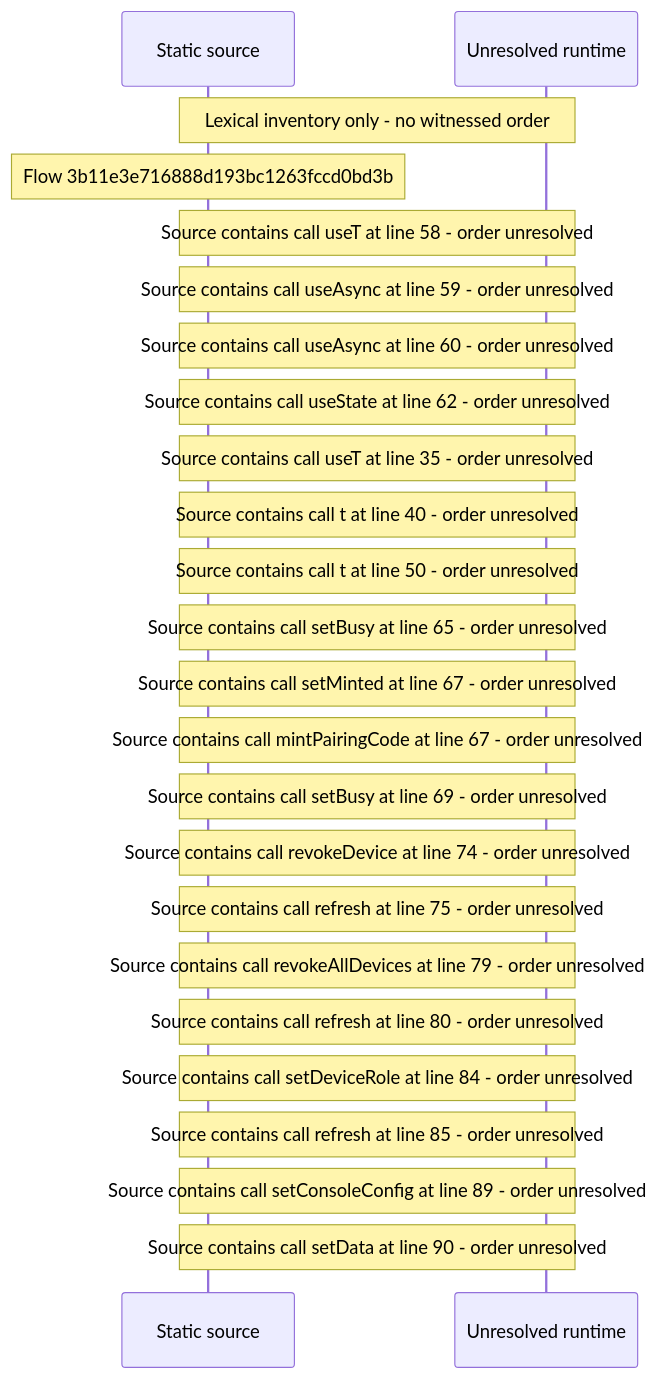
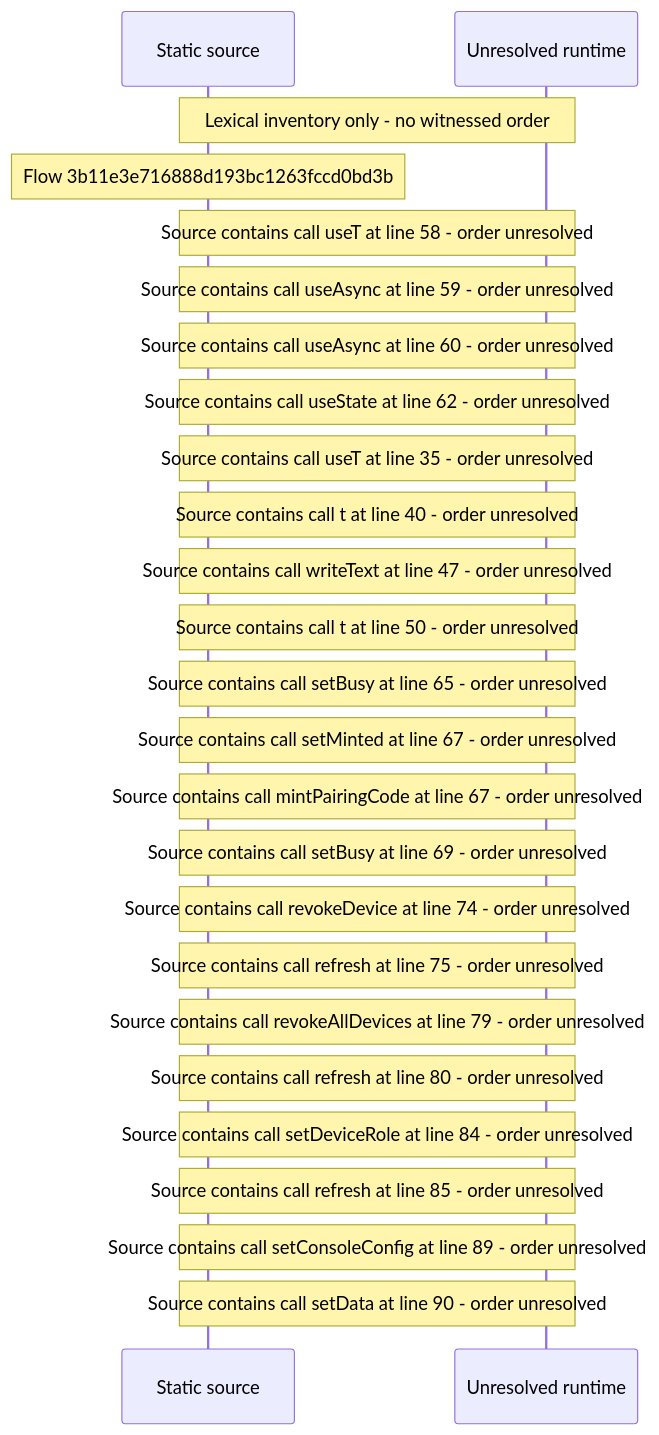
Before and after one commit to beamfall/core: the diagram in docs/web/flows/generated/3b11e3e716888d193bc1263fccd0bd3b/flow-diagram.md, drawn with Mermaid. The commit also changed other lines of this file and 699 other files, not shown here.

Commit message:
Regenerate the web flow record with flow generator version 5

````diff
--- a/docs/web/flows/generated/3b11e3e716888d193bc1263fccd0bd3b/flow-diagram.md
+++ b/docs/web/flows/generated/3b11e3e716888d193bc1263fccd0bd3b/flow-diagram.md
@@ -10,26 +10,27 @@
 ```mermaid
 sequenceDiagram
     participant S as Static source
     participant U as Unresolved runtime
     Note over S,U: Lexical inventory only - no witnessed order
     Note over S: Flow 3b11e3e716888d193bc1263fccd0bd3b
     Note over S,U: Source contains call useT at line 58 - order unresolved
     Note over S,U: Source contains call useAsync at line 59 - order unresolved
     Note over S,U: Source contains call useAsync at line 60 - order unresolved
     Note over S,U: Source contains call useState at line 62 - order unresolved
     Note over S,U: Source contains call useT at line 35 - order unresolved
     Note over S,U: Source contains call t at line 40 - order unresolved
+    Note over S,U: Source contains call writeText at line 47 - order unresolved
     Note over S,U: Source contains call t at line 50 - order unresolved
     Note over S,U: Source contains call setBusy at line 65 - order unresolved
     Note over S,U: Source contains call setMinted at line 67 - order unresolved
     Note over S,U: Source contains call mintPairingCode at line 67 - order unresolved
     Note over S,U: Source contains call setBusy at line 69 - order unresolved
     Note over S,U: Source contains call revokeDevice at line 74 - order unresolved
     Note over S,U: Source contains call refresh at line 75 - order unresolved
     Note over S,U: Source contains call revokeAllDevices at line 79 - order unresolved
     Note over S,U: Source contains call refresh at line 80 - order unresolved
     Note over S,U: Source contains call setDeviceRole at line 84 - order unresolved
     Note over S,U: Source contains call refresh at line 85 - order unresolved
     Note over S,U: Source contains call setConsoleConfig at line 89 - order unresolved
     Note over S,U: Source contains call setData at line 90 - order unresolved
 ```
````
